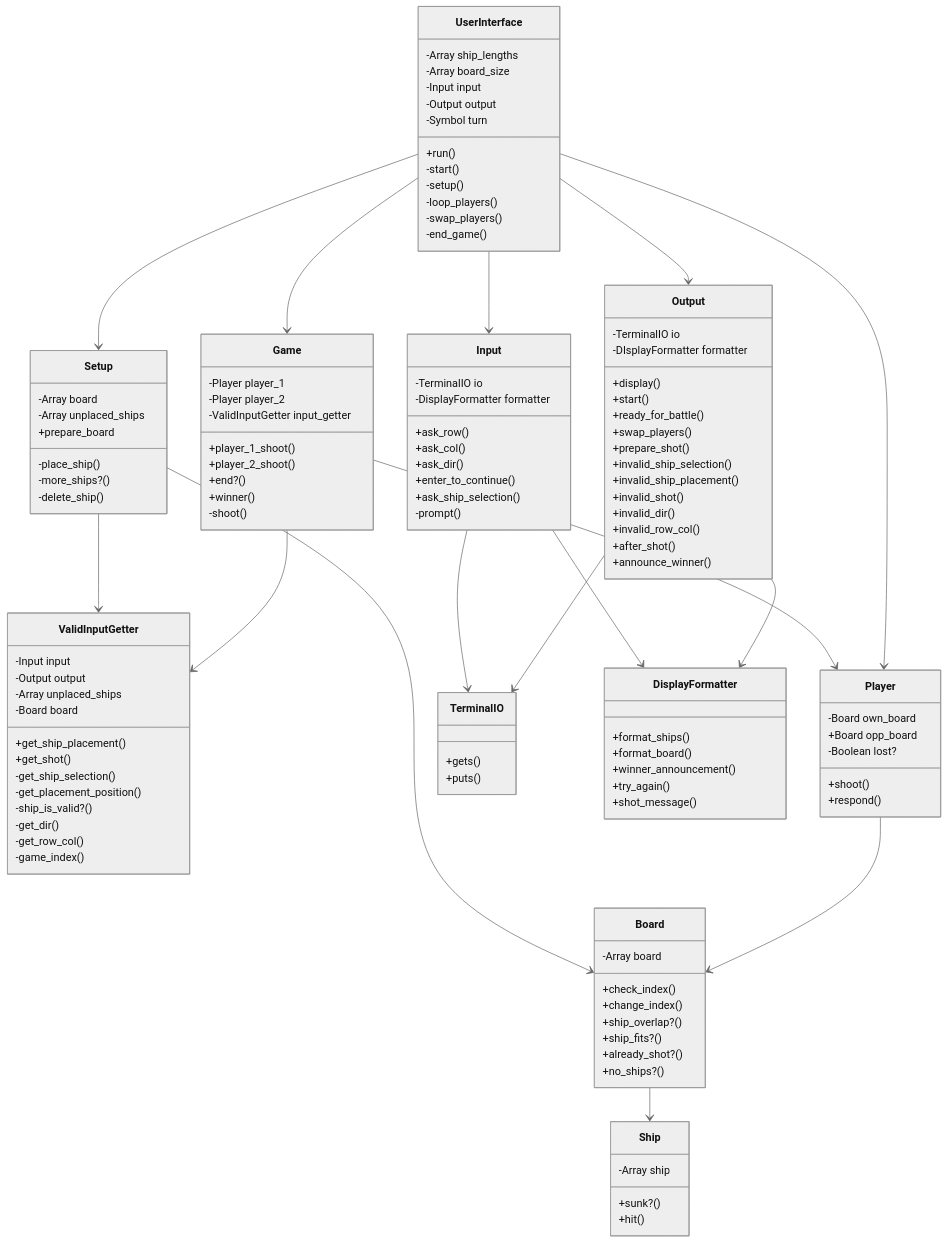
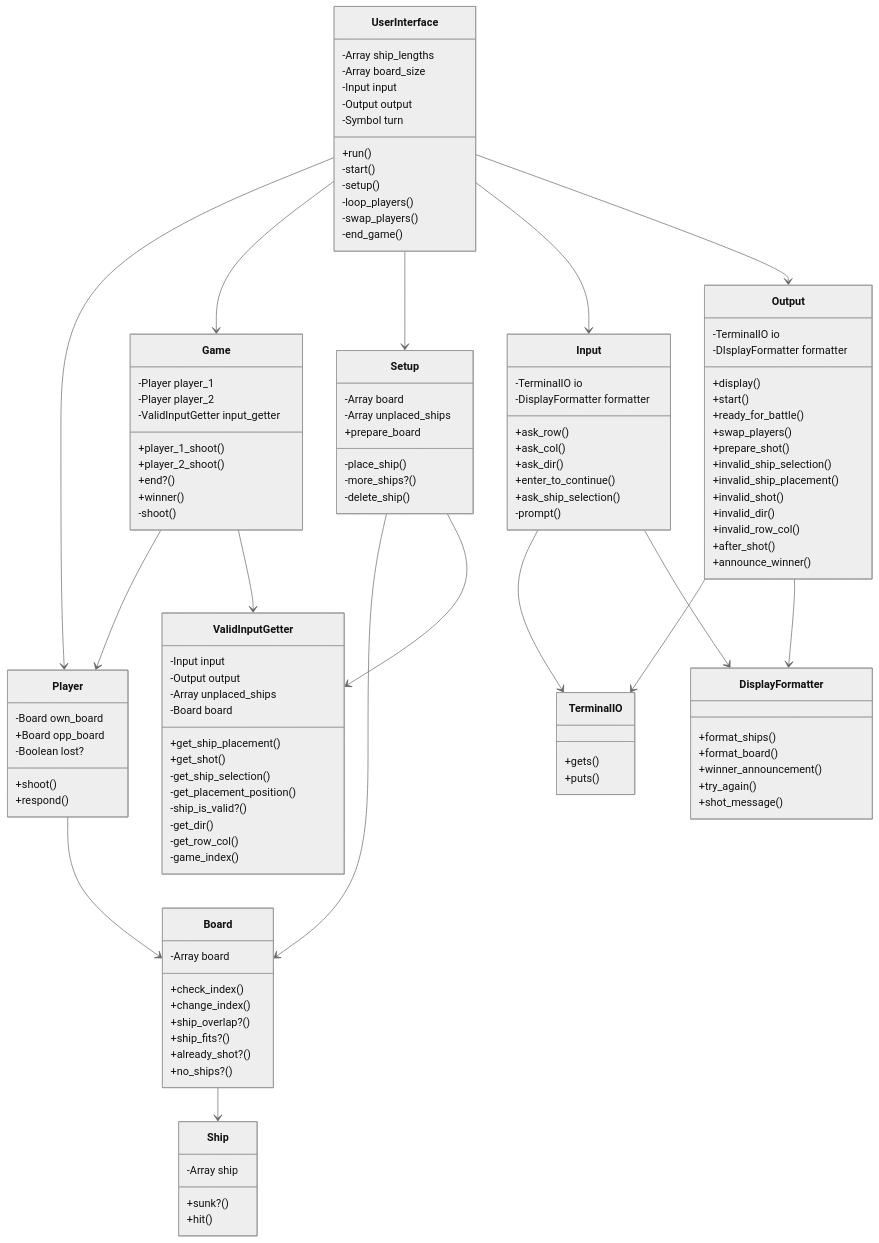
One commit to ritaaktay/battleships changed the diagram in README.md. Above: the diagram before and after it, drawn with Mermaid (neutral theme). The commit also changed other lines of this file, not shown here.

Commit message:
updated class diagram

```diff
--- a/README.md
+++ b/README.md
@@ -7,10 +7,10 @@
    Game --> Player
    Game --> ValidInputGetter
    UserInterface --> Player
+   UserInterface --> Game
+   User Interface --> Setup
    UserInterface --> Input
    UserInterface --> Output
-   UserInterface --> Game
-   User Interface --> Setup
    Input --> TerminalIO
    Input --> DisplayFormatter
    Output --> TerminalIO
```
